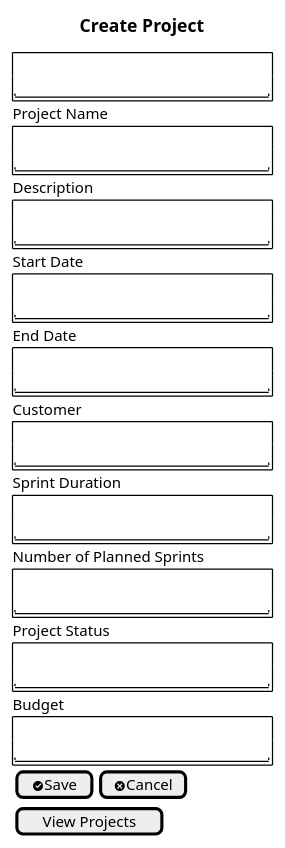
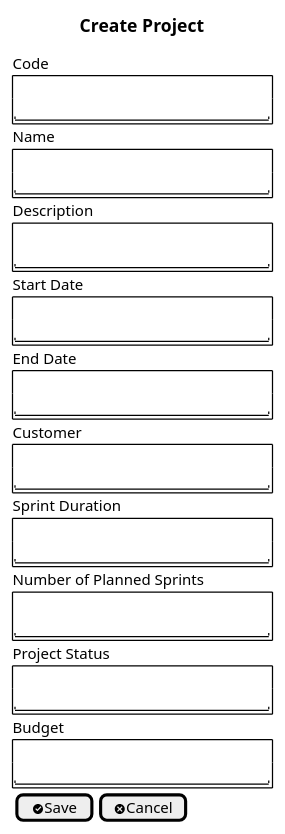
Before and after one commit to ivo-menezes/project_g3: the diagram in docs/modelling_design/user_stories/us023/US023_CreateProjectWebUI_Mockup.puml, drawn with PlantUML. The commit also changed 1 other file, not shown here.

```diff
--- a/docs/modelling_design/user_stories/us023/US023_CreateProjectWebUI_Mockup.puml
+++ b/docs/modelling_design/user_stories/us023/US023_CreateProjectWebUI_Mockup.puml
@@ -1,63 +1,65 @@
 @startsalt
 {
 
 title Create Project
+Code
 {+
    .
    "                         "
 }
-Project Name
+Name
 {+
    .
    "                         "
 }
 Description
 {+
    .
    "                         "
 }
 Start Date
 {+
    .
    "                         "
 }
 End Date
 {+
    .
    "                         "
 }
 Customer
 {+
    .
    "                         "
 }
 Sprint Duration
 {+
    .
    "                         "
 }
 Number of Planned Sprints
 {+
    .
    "                         "
 }
 Project Status
 {+
    .
    "                         "
 }
 Budget
 {+
    .
    "                         "
 }
 
-{  [<&circle-check>Save ] | [<&circle-x>Cancel]}
-{ [View Projects ]}
+{  [<&circle-check>Save ] |
+[<&circle-x>Cancel]}
+
 
 }
 
 
 
 
 @endsalt
```
